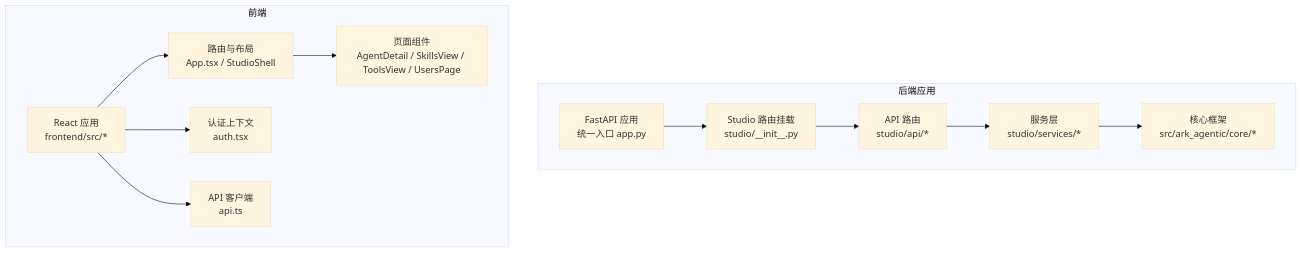
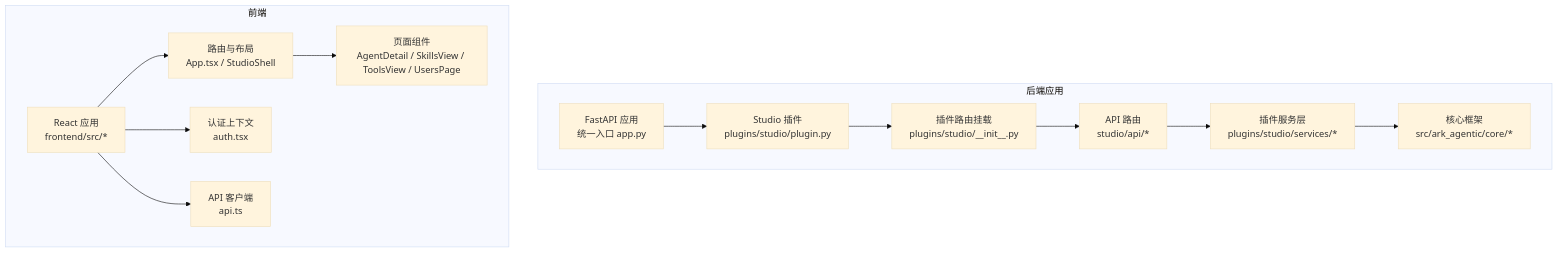
Before and after one commit to YU-JI-KUI/ark-agentic: the first of 10 diagrams in repowiki/zh/content/Studio 开发工具/Studio 开发工具.md, drawn with Mermaid (base theme). The commit also changed other lines of this file and 116 other files, not shown here.

````diff
--- a/repowiki/zh/content/Studio 开发工具/Studio 开发工具.md
+++ b/repowiki/zh/content/Studio 开发工具/Studio 开发工具.md
@@ -53,22 +67,23 @@
 ```mermaid
 graph TB
 subgraph "后端应用"
 A["FastAPI 应用<br/>统一入口 app.py"]
-B["Studio 路由挂载<br/>studio/__init__.py"]
-C["API 路由<br/>studio/api/*"]
-D["服务层<br/>studio/services/*"]
-E["核心框架<br/>src/ark_agentic/core/*"]
+B["Studio 插件<br/>plugins/studio/plugin.py"]
+C["插件路由挂载<br/>plugins/studio/__init__.py"]
+D["API 路由<br/>studio/api/*"]
+E["插件服务层<br/>plugins/studio/services/*"]
+F["核心框架<br/>src/ark_agentic/core/*"]
 end
 subgraph "前端"
-F["React 应用<br/>frontend/src/*"]
-G["路由与布局<br/>App.tsx / StudioShell"]
-H["页面组件<br/>AgentDetail / SkillsView / ToolsView / UsersPage"]
-I["认证上下文<br/>auth.tsx"]
-J["API 客户端<br/>api.ts"]
+G["React 应用<br/>frontend/src/*"]
+H["路由与布局<br/>App.tsx / StudioShell"]
+I["页面组件<br/>AgentDetail / SkillsView / ToolsView / UsersPage"]
+J["认证上下文<br/>auth.tsx"]
+K["API 客户端<br/>api.ts"]
 end
-A --> B --> C --> D
-D --> E
-F --> G --> H
-F --> I
-F --> J
+A --> B --> C --> D --> E
+E --> F
+G --> H --> I
+G --> J
+G --> K
 ```
````
